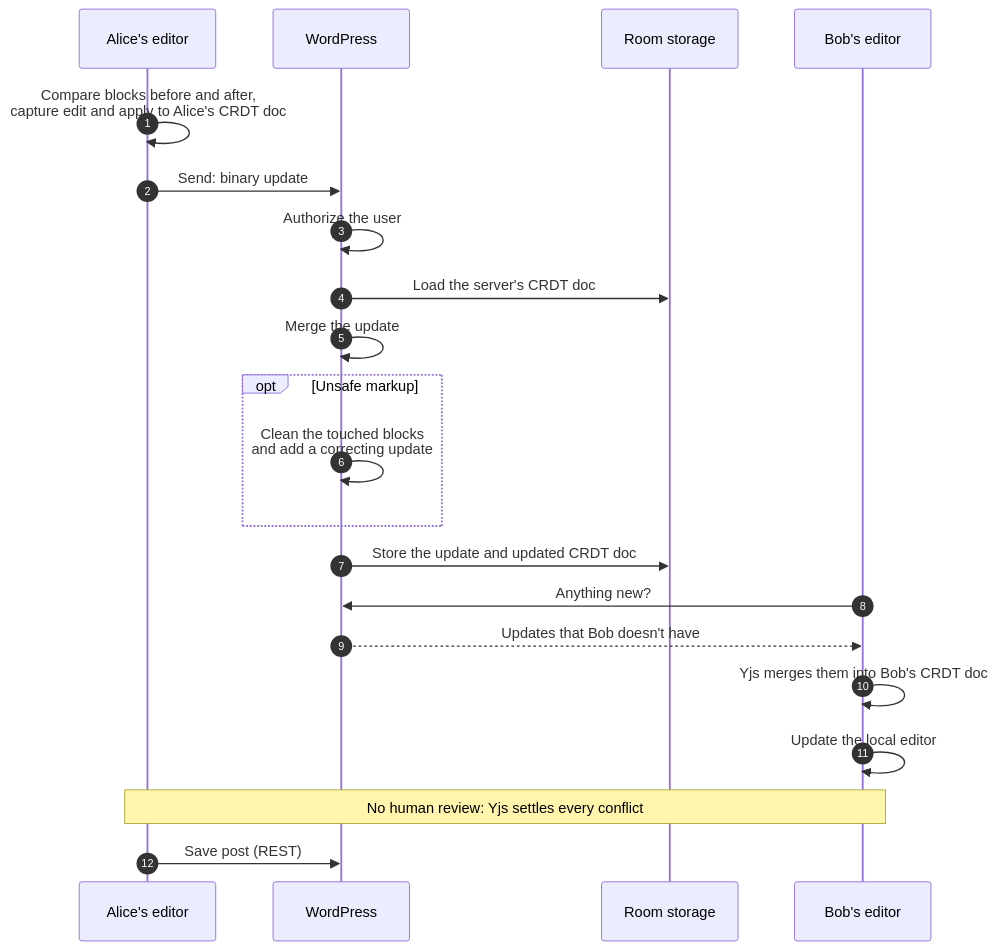
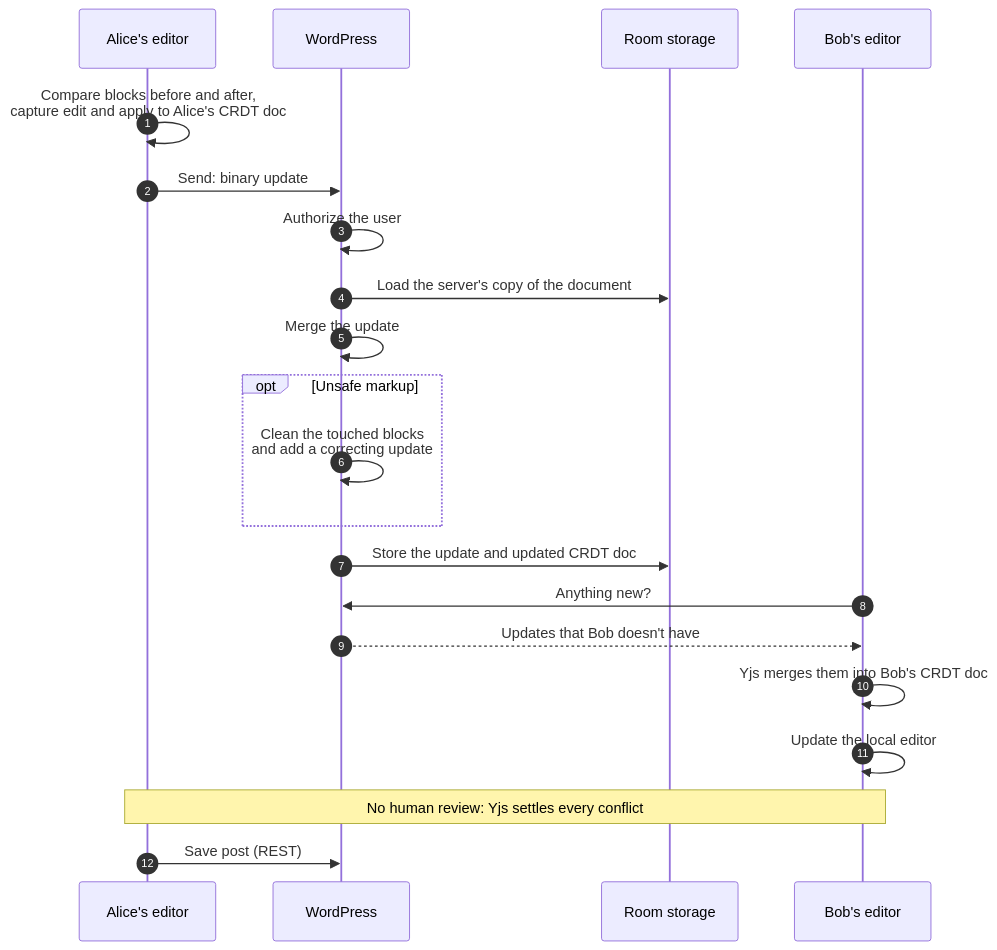
Before and after one commit to WordPress/gutenberg-sync-engines: the third of 4 diagrams in docs/data-flow.md, drawn with Mermaid. The commit also changed other lines of this file and 57 other files, not shown here.

````diff
--- a/docs/data-flow.md
+++ b/docs/data-flow.md
@@ -137,23 +127,23 @@
 ```mermaid
 sequenceDiagram
     autonumber
     participant A as Alice's editor
     participant WP as WordPress
     participant DB as Room storage
     participant B as Bob's editor
     A->>A: Compare blocks before and after,<br/>capture edit and apply to Alice's CRDT doc
     A->>WP: Send: binary update
     WP->>WP: Authorize the user
-    WP->>DB: Load the server's CRDT doc
+    WP->>DB: Load the server's copy of the document
     WP->>WP: Merge the update
     opt Unsafe markup
         WP->>WP: Clean the touched blocks<br/>and add a correcting update
     end
     WP->>DB: Store the update and updated CRDT doc
     B->>WP: Anything new?
     WP-->>B: Updates that Bob doesn't have
     B->>B: Yjs merges them into Bob's CRDT doc
     B->>B: Update the local editor
     Note over A,B: No human review: Yjs settles every conflict
     A->>WP: Save post (REST)
 ```
````
